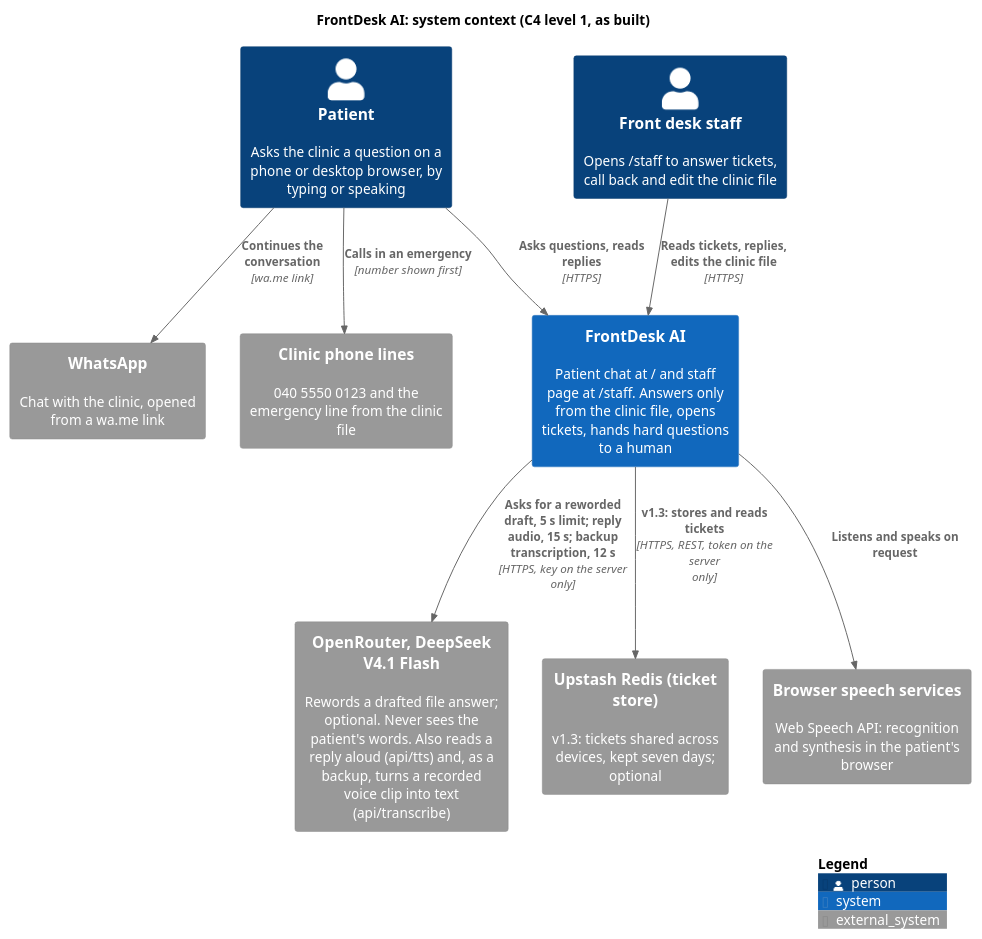
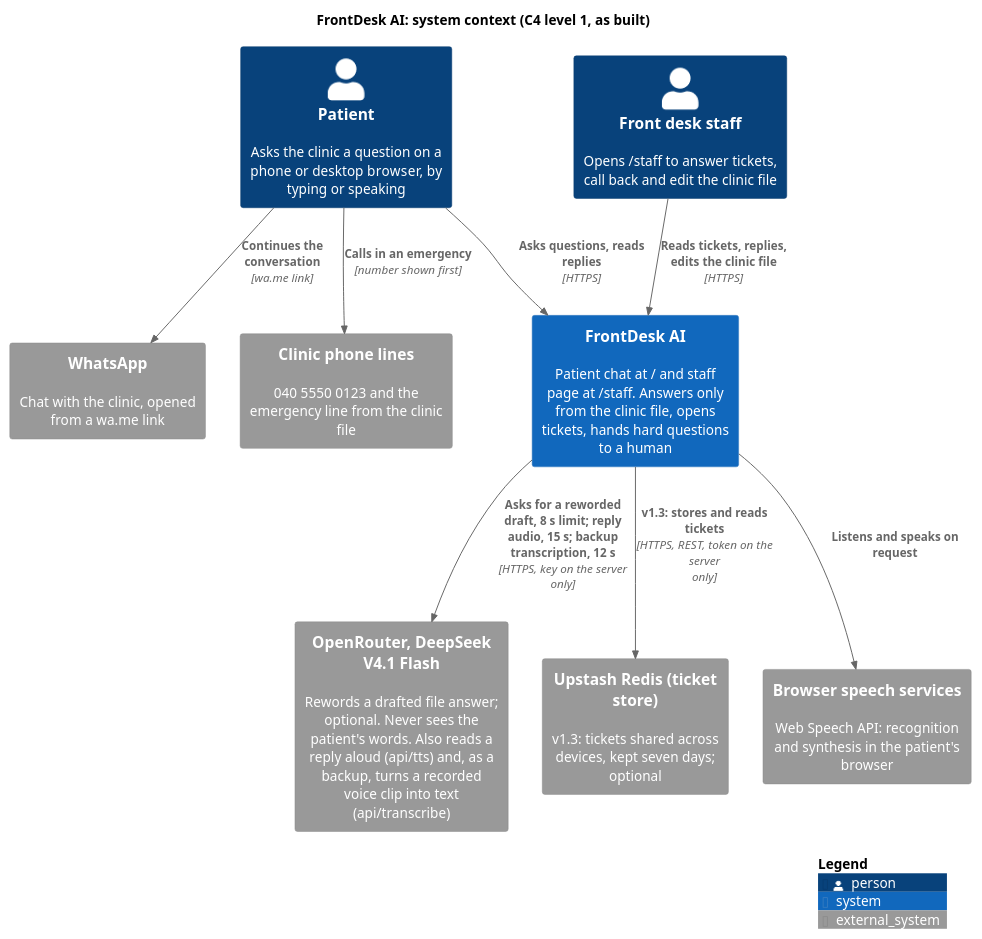
The diagram in docs/diagrams/c4-context.puml (karwasanjay007/frontdesk-ai-docs), drawn with PlantUML before and after one commit. The commit also changed 36 other files, not shown here.

```diff
--- a/docs/diagrams/c4-context.puml
+++ b/docs/diagrams/c4-context.puml
@@ -1,23 +1,23 @@
 @startuml c4-context
 !include <C4/C4_Context>
 title FrontDesk AI: system context (C4 level 1, as built)
 
 Person(patient, "Patient", "Asks the clinic a question on a phone or desktop browser, by typing or speaking")
 Person(staff, "Front desk staff", "Opens /staff to answer tickets, call back and edit the clinic file")
 System(frontdesk, "FrontDesk AI", "Patient chat at / and staff page at /staff. Answers only from the clinic file, opens tickets, hands hard questions to a human")
 System_Ext(model, "OpenRouter, DeepSeek V4.1 Flash", "Rewords a drafted file answer; optional. Never sees the patient's words. Also reads a reply aloud (api/tts) and, as a backup, turns a recorded voice clip into text (api/transcribe)")
 System_Ext(upstash, "Upstash Redis (ticket store)", "v1.3: tickets shared across devices, kept seven days; optional")
 System_Ext(speechsvc, "Browser speech services", "Web Speech API: recognition and synthesis in the patient's browser")
 System_Ext(whatsapp, "WhatsApp", "Chat with the clinic, opened from a wa.me link")
 System_Ext(phone, "Clinic phone lines", "040 5550 0123 and the emergency line from the clinic file")
 
 Rel(patient, frontdesk, "Asks questions, reads replies", "HTTPS")
 Rel(staff, frontdesk, "Reads tickets, replies, edits the clinic file", "HTTPS")
-Rel(frontdesk, model, "Asks for a reworded draft, 5 s limit; reply audio, 15 s; backup transcription, 12 s", "HTTPS, key on the server only")
+Rel(frontdesk, model, "Asks for a reworded draft, 8 s limit; reply audio, 15 s; backup transcription, 12 s", "HTTPS, key on the server only")
 Rel(frontdesk, upstash, "v1.3: stores and reads tickets", "HTTPS, REST, token on the server only")
 Rel(frontdesk, speechsvc, "Listens and speaks on request")
 Rel(patient, whatsapp, "Continues the conversation", "wa.me link")
 Rel(patient, phone, "Calls in an emergency", "number shown first")
 
 SHOW_LEGEND()
 @enduml
```
